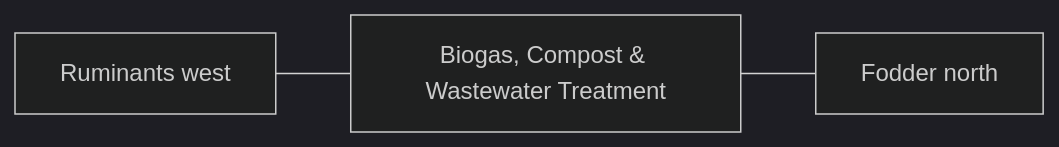
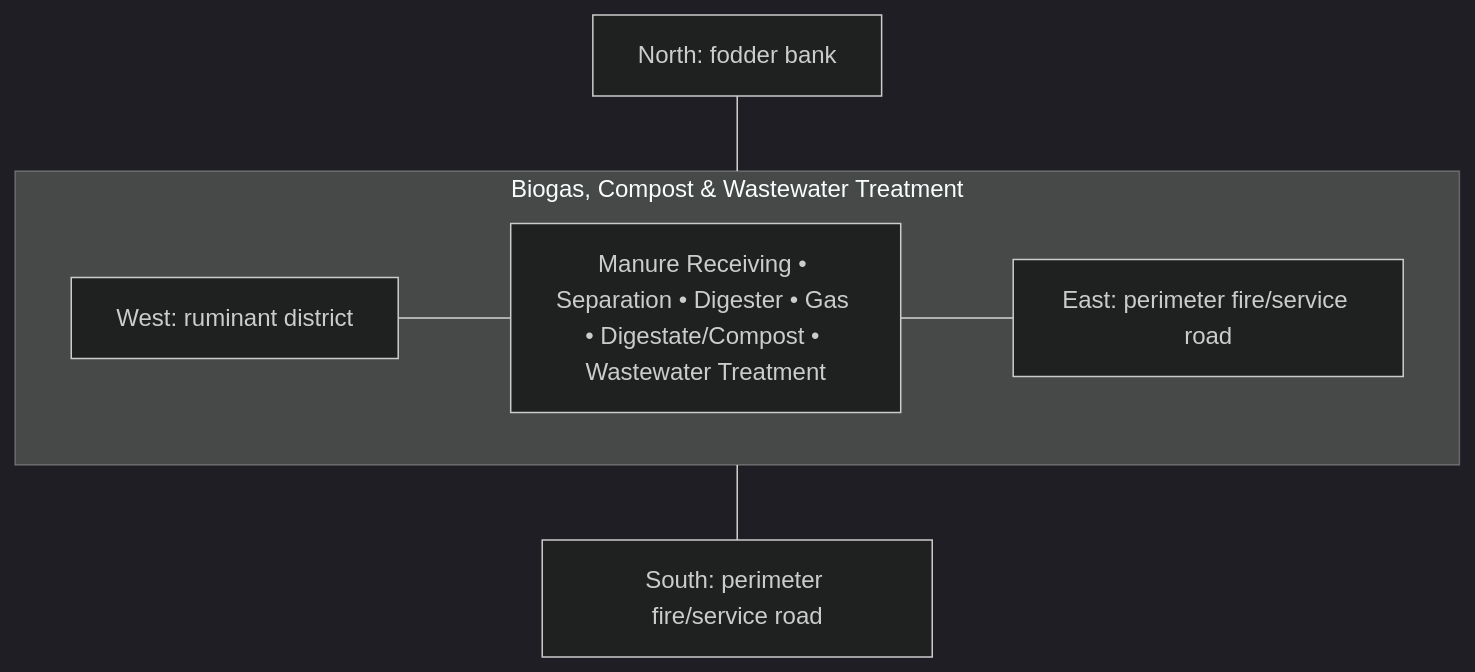
Before and after one commit to agro-firm/Self-Sufficient-Eco-Farm: the diagram in spaces/12-biogas-compost-wastewater/ARCHITECTURE.md, drawn with Mermaid (dark theme). The commit also changed other lines of this file and 31 other files, not shown here.

Commit message:
Add full per-space architecture and blueprint authorities

````diff
--- a/spaces/12-biogas-compost-wastewater/ARCHITECTURE.md
+++ b/spaces/12-biogas-compost-wastewater/ARCHITECTURE.md
@@ -37,7 +50,14 @@
 ```mermaid
-flowchart LR
-    A["Ruminants west"]
-    S["Biogas, Compost & Wastewater Treatment"]
-    B["Fodder north"]
-    A --- S --- B
+flowchart TB
+    N["North: fodder bank"]
+    subgraph ROW["Biogas, Compost & Wastewater Treatment"]
+      direction LR
+      W["West: ruminant district"]
+      C["Manure Receiving • Separation • Digester • Gas • Digestate/Compost • Wastewater Treatment"]
+      E["East: perimeter fire/service road"]
+      W --- C --- E
+    end
+    S["South: perimeter fire/service road"]
+    N --- C
+    C --- S
 ```
````
